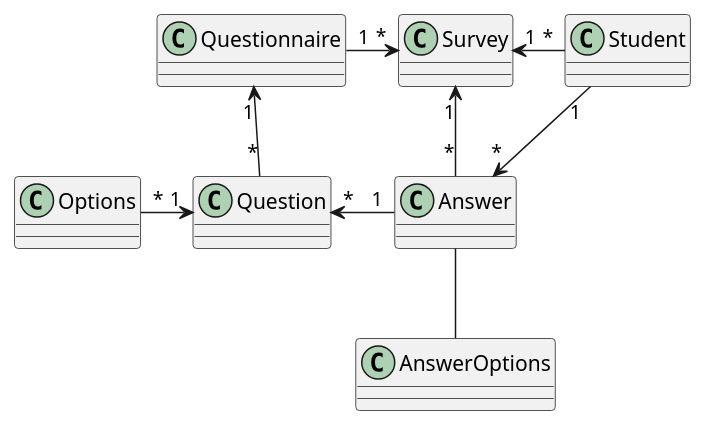
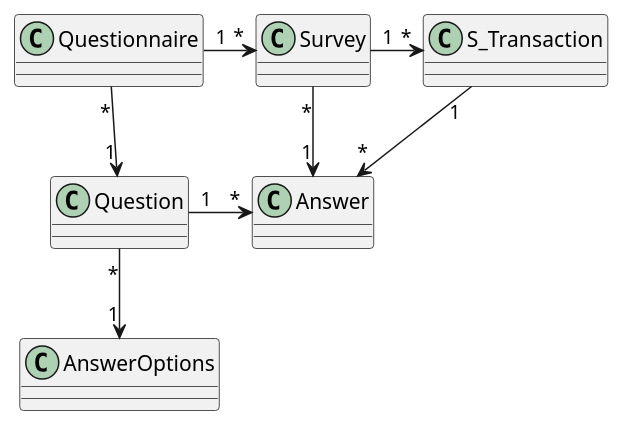
The first of 2 diagrams in asciidocs/index.adoc (1920-3ahitm-itp/02-project-repositories-studentfeedback), drawn with PlantUML before and after one commit. The commit also changed other lines of this file and 6 other files, not shown here.

Commit message:
Gantt Diagram updated

```diff
--- a/asciidocs/index.adoc
+++ b/asciidocs/index.adoc
@@ -4,28 +4,23 @@
 [plantuml,erd,png]
 ----
 @startuml
 
-class Questionnaire
-class Student
-class Question
 class Answer
 class AnswerOptions
-class Options
-class Student
+class Question
+class Questionnaire
+class S_Transaction
 class Survey
 
 
-
-Options "*" -right-> "1" Question
-Question "*" -up-> "1" Questionnaire
-Answer "1" -left-> "*" Question
 Questionnaire "1" -right-> " *" Survey
-AnswerOptions -up- Answer
-Student "*" -left-> "1" Survey
-Student "1" -right-> "*" Answer
-Answer "*" -up-> "1" Survey
-
+Survey "*" -down-> "1" Answer
+Questionnaire "*" -down-> "1" Question
+Question "1" -right-> "*" Answer
+Question "*" --> "1" AnswerOptions
+Survey "1" -right-> "*" S_Transaction
+S_Transaction "1" --> "*" Answer
 
 
 @enduml
 ----
```
